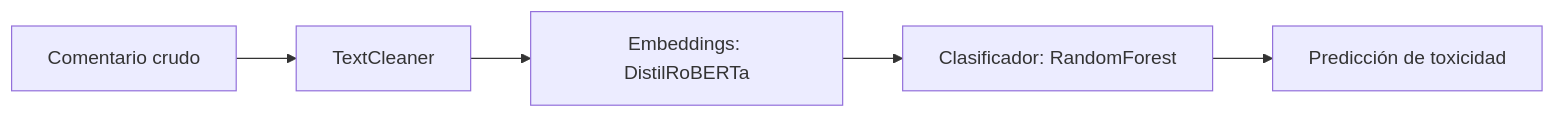
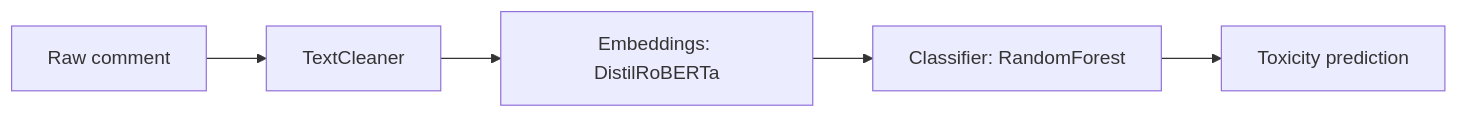
Before and after one commit to HugoMojicaAngarita/ToxicCommentDetection: the diagram in ToxicCommentDetection/README.md, drawn with Mermaid. The commit also changed other lines of this file, not shown here.

````diff
--- a/ToxicCommentDetection/README.md
+++ b/ToxicCommentDetection/README.md
@@ -100,7 +101,8 @@
 ```mermaid
 graph LR
-    A[Comentario crudo] --> B[TextCleaner]
+    A[Raw comment] --> B[TextCleaner]
     B --> C[Embeddings: DistilRoBERTa]
-    C --> D[Clasificador: RandomForest]
-    D --> E[Predicción de toxicidad]
+    C --> D[Classifier: RandomForest]
+    D --> E[Toxicity prediction]
+
 ```
````
